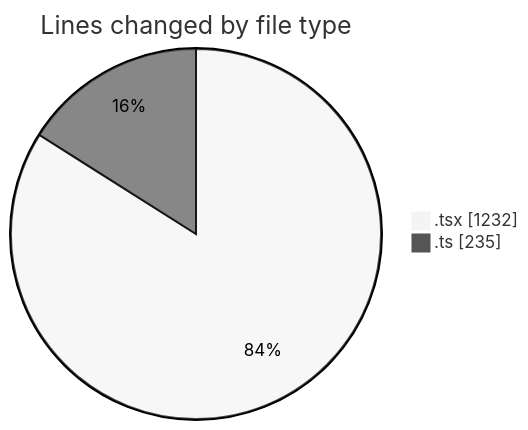
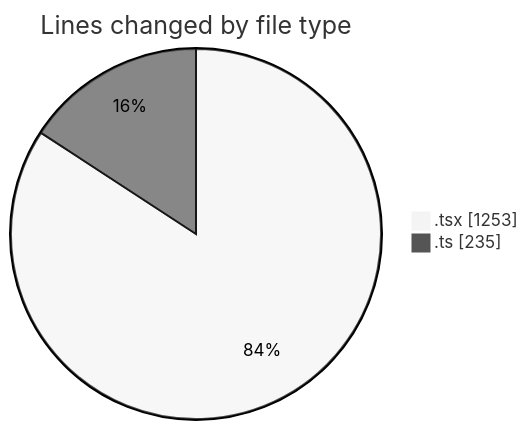
The first of 2 diagrams in 2025-09-15/cda/README.md (momahboobian/code-tracking), drawn with Mermaid (neutral theme) before and after one commit. The commit also changed other lines of this file and 1 other file, not shown here.

````diff
--- a/2025-09-15/cda/README.md
+++ b/2025-09-15/cda/README.md
@@ -22,6 +22,6 @@
 ```mermaid
 pie showData
 title Lines changed by file type
-".tsx" : 1232
+".tsx" : 1253
 ".ts" : 235
 ```
````
